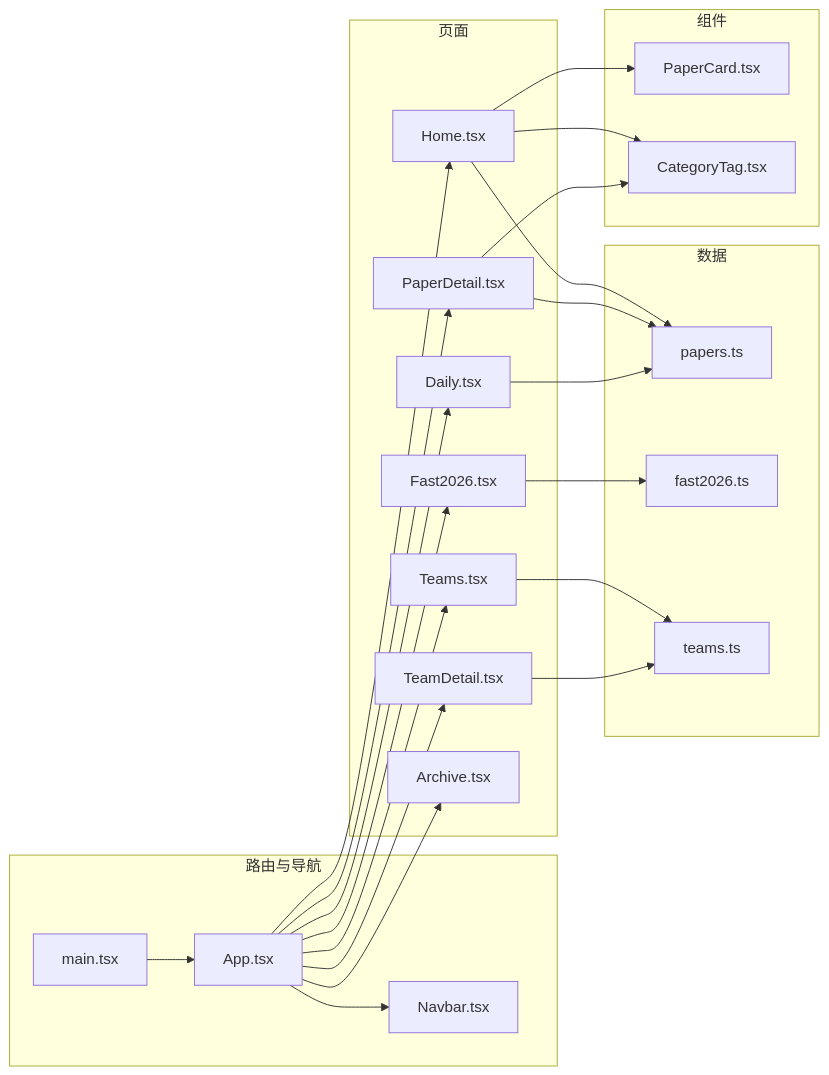
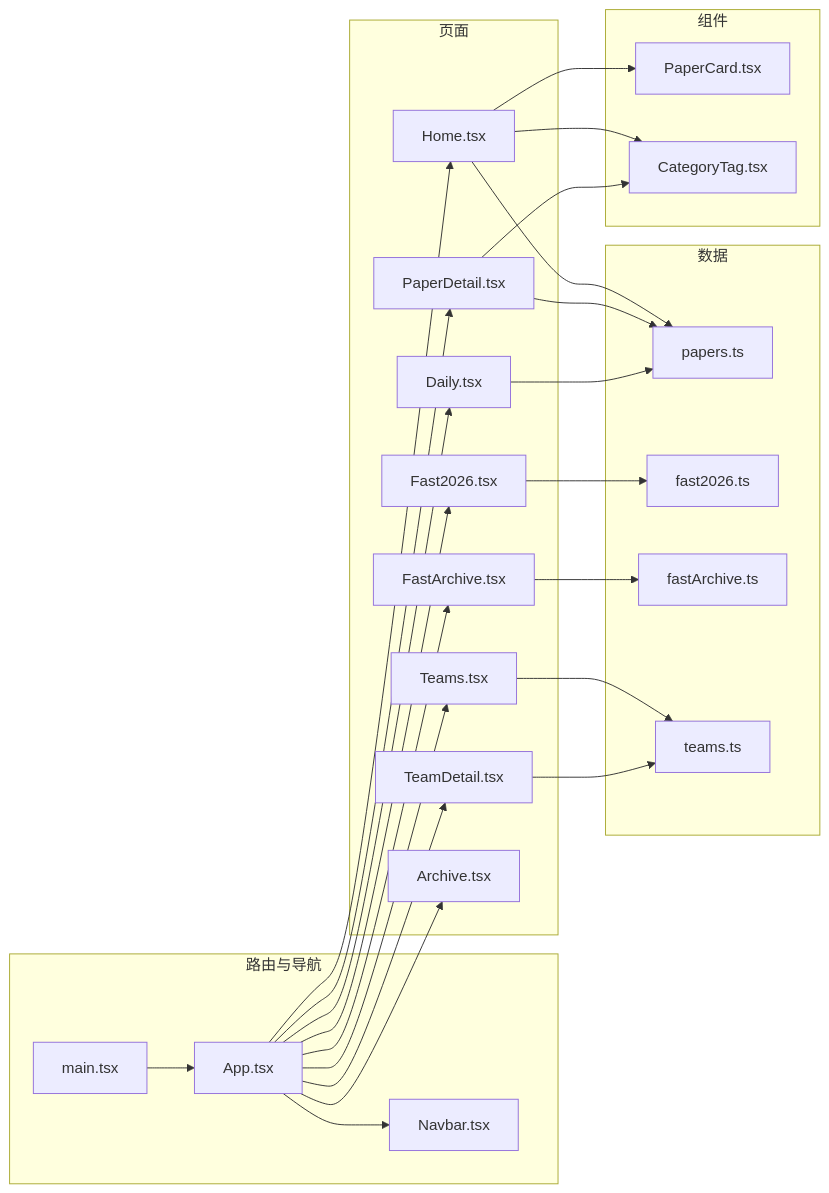
Before and after one commit to erikliu123/storage_ai_blog: the second of 10 diagrams in .qoder/repowiki/zh/content/页面组件/页面组件.md, drawn with Mermaid. The commit also changed other lines of this file and 10 other files, not shown here.

Commit message:
fix: Add missing FAST 2023 learned-index, cloud-block, nvme-queue architecture diagrams

````diff
--- a/.qoder/repowiki/zh/content/页面组件/页面组件.md
+++ b/.qoder/repowiki/zh/content/页面组件/页面组件.md
@@ -129,29 +139,31 @@
 ```mermaid
 graph LR
 subgraph "路由与导航"
 M["main.tsx"] --> A["App.tsx"]
 A --> N["Navbar.tsx"]
 end
 subgraph "页面"
 A --> Hm["Home.tsx"]
 A --> Pd["PaperDetail.tsx"]
 A --> F26["Fast2026.tsx"]
+A --> FA["FastArchive.tsx"]
 A --> Ts["Teams.tsx"]
 A --> Td["TeamDetail.tsx"]
 A --> Dy["Daily.tsx"]
 A --> Ar["Archive.tsx"]
 end
 subgraph "数据"
 Hm --> Dp["papers.ts"]
 Pd --> Dp
 Dy --> Dp
 F26 --> Df["fast2026.ts"]
+FA --> DFA["fastArchive.ts"]
 Ts --> Dt["teams.ts"]
 Td --> Dt
 end
 subgraph "组件"
 Hm --> Pc["PaperCard.tsx"]
 Hm --> Ct["CategoryTag.tsx"]
 Pd --> Ct
 end
 ```
````
